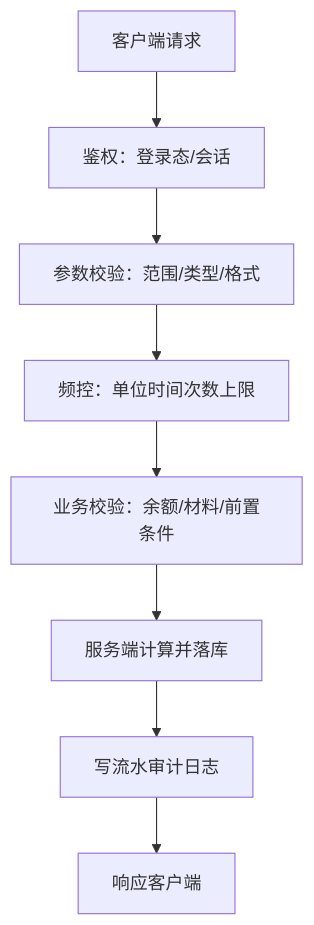
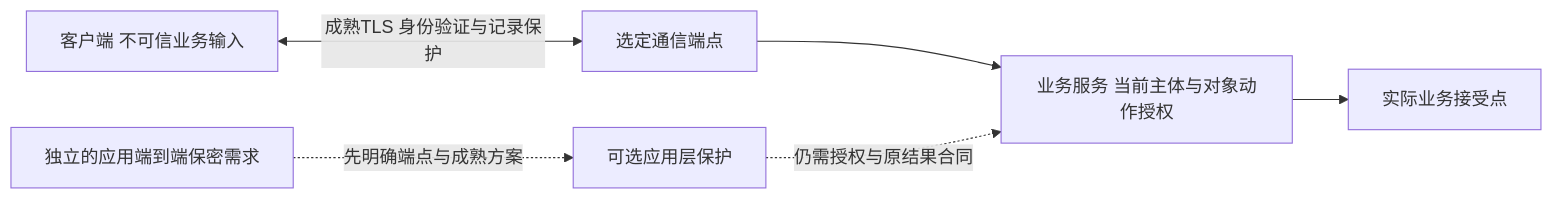
One commit to fantuan812/learning changed the second of 4 diagrams in 知识/07-网络与游戏服务端/会话身份与在线服务/04-安全与反作弊.md. Above: the diagram before and after it, drawn with Mermaid. The commit also changed other lines of this file and 1 other file, not shown here.

````diff
--- a/知识/07-网络与游戏服务端/会话身份与在线服务/04-安全与反作弊.md
+++ b/知识/07-网络与游戏服务端/会话身份与在线服务/04-安全与反作弊.md
@@ -98,10 +121,8 @@
 ```mermaid
-flowchart TD
-    R[客户端请求] --> A[鉴权：登录态/会话]
-    A --> B[参数校验：范围/类型/格式]
-    B --> C[频控：单位时间次数上限]
-    C --> D[业务校验：余额/材料/前置条件]
-    D --> E[服务端计算并落库]
-    E --> F[写流水审计日志]
-    F --> G[响应客户端]
+flowchart LR
+    C[客户端 不可信业务输入] <-->|成熟TLS 身份验证与记录保护| G[选定通信端点]
+    G --> B[业务服务 当前主体与对象动作授权]
+    B --> D[实际业务接受点]
+    E[独立的应用端到端保密需求] -.先明确端点与成熟方案.-> P[可选应用层保护]
+    P -.仍需授权与原结果合同.-> B
 ```
````
